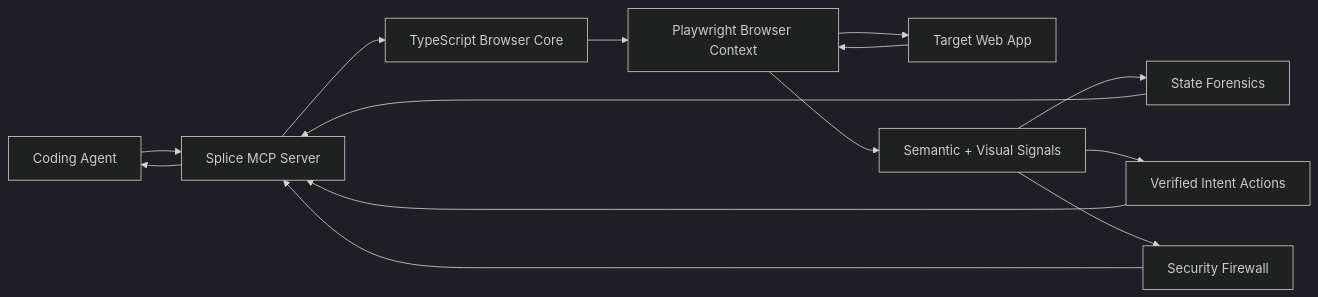
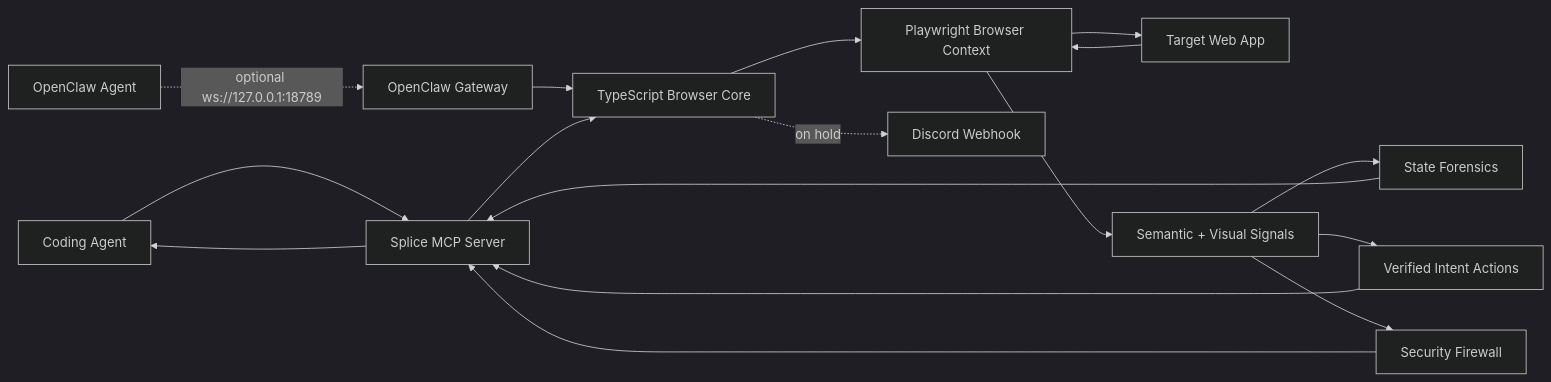
Before and after one commit to Arnavnemade1/Splice: the diagram in README.md, drawn with Mermaid (dark theme). The commit also changed other lines of this file, not shown here.

Commit message:
docs: update README with OpenClaw gateway and Discord notifications

````diff
--- a/README.md
+++ b/README.md
@@ -141,16 +195,19 @@
 ```mermaid
 flowchart LR
     Agent["Coding Agent"] --> MCP["Splice MCP Server"]
+    OpenClaw["OpenClaw Agent"] -. "optional ws://127.0.0.1:18789" .-> Gateway["OpenClaw Gateway"]
+    Gateway --> Core
     MCP --> Core["TypeScript Browser Core"]
     Core --> Browser["Playwright Browser Context"]
     Browser --> Web["Target Web App"]
     Web --> Browser
     Browser --> Extract["Semantic + Visual Signals"]
     Extract --> Forensics["State Forensics"]
     Extract --> Actions["Verified Intent Actions"]
     Extract --> Security["Security Firewall"]
     Forensics --> MCP
     Actions --> MCP
     Security --> MCP
+    Core -. "on hold" .-> Discord["Discord Webhook"]
     MCP --> Agent
 ```
````
